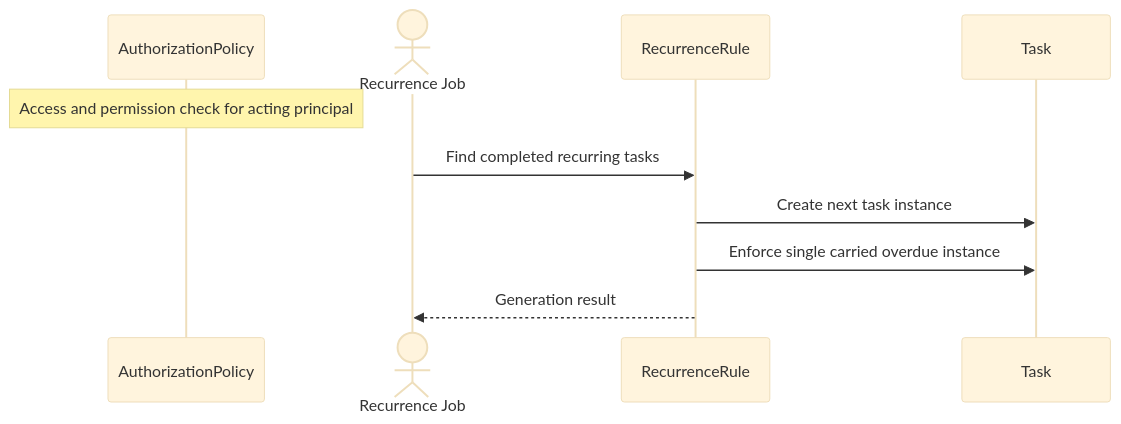
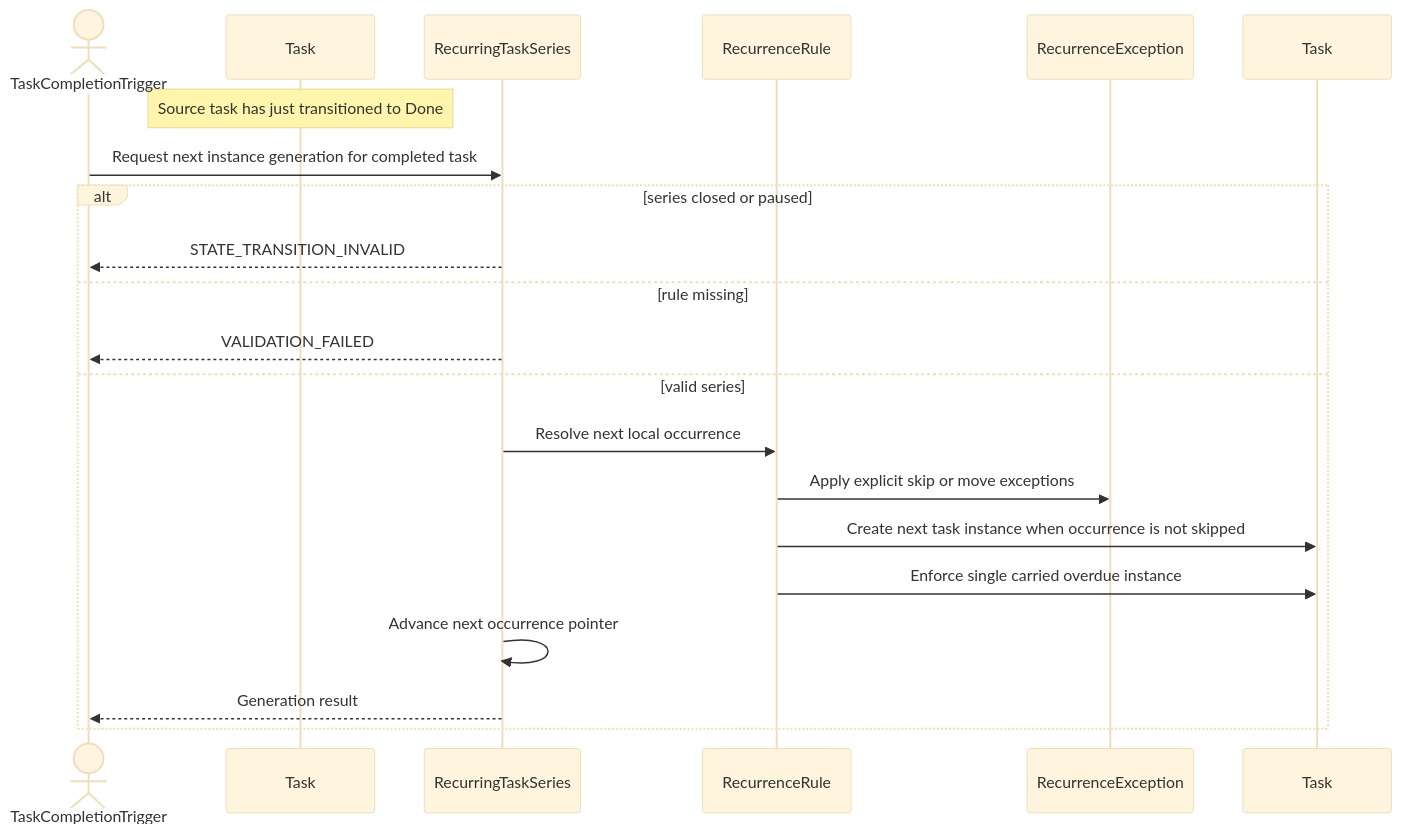
Diagram 15 of 15 in architecture/sequence-diagrams/03-tasks-recurrence.md (ChidiRnweke/margin), drawn with Mermaid (base theme) before and after one commit. The commit also changed other lines of this file and 12 other files, not shown here.

Commit message:
Enhance sequence diagrams and introduce traceability matrix

````diff
--- a/architecture/sequence-diagrams/03-tasks-recurrence.md
+++ b/architecture/sequence-diagrams/03-tasks-recurrence.md
@@ -243,12 +360,23 @@
 ```mermaid
 sequenceDiagram
-    participant G as AuthorizationPolicy
-    Note over G: Access and permission check for acting principal
-    actor J as Recurrence Job
+    actor X as TaskCompletionTrigger
+    participant T as Task
+    participant S as RecurringTaskSeries
     participant C as RecurrenceRule
-    participant T as Task
-    J->>C: Find completed recurring tasks
-    C->>T: Create next task instance
-    C->>T: Enforce single carried overdue instance
-    C-->>J: Generation result
+    participant E as RecurrenceException
+    participant N as Task
+    Note over T: Source task has just transitioned to Done
+    X->>S: Request next instance generation for completed task
+    alt series closed or paused
+        S-->>X: STATE_TRANSITION_INVALID
+    else rule missing
+        S-->>X: VALIDATION_FAILED
+    else valid series
+        S->>C: Resolve next local occurrence
+        C->>E: Apply explicit skip or move exceptions
+        C->>N: Create next task instance when occurrence is not skipped
+        C->>N: Enforce single carried overdue instance
+        S->>S: Advance next occurrence pointer
+        S-->>X: Generation result
+    end
 ```
````
